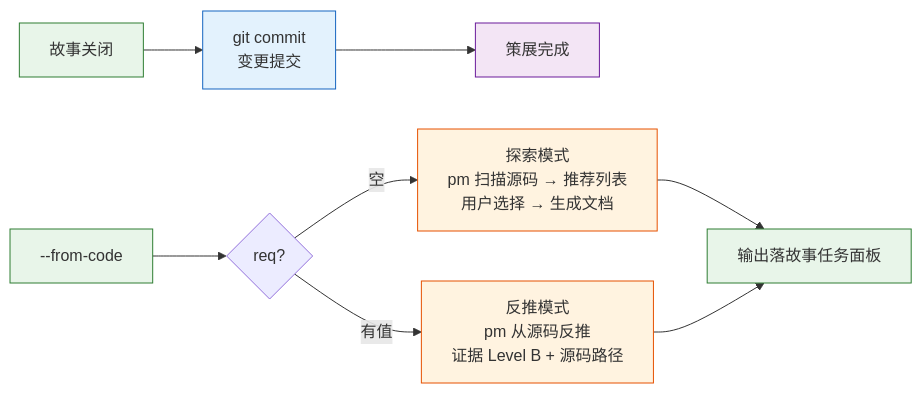
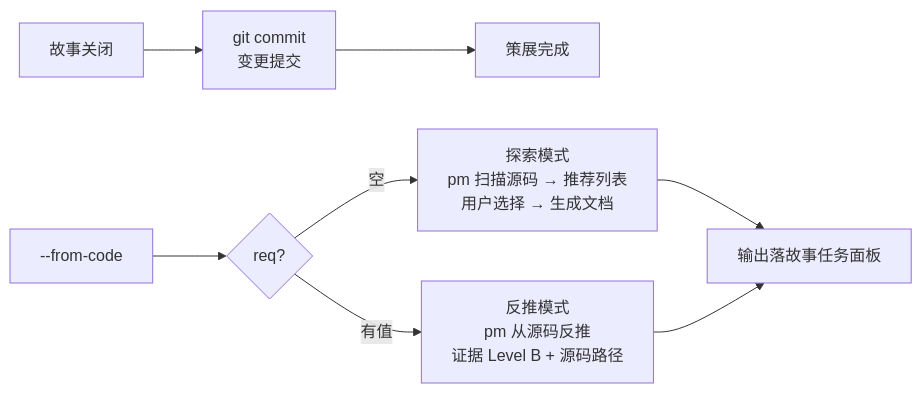
Before and after one commit to effiy/YrY: the tenth of 11 diagrams in rules/doc-generation.md, drawn with Mermaid. The commit also changed other lines of this file and 61 other files, not shown here.

````diff
--- a/rules/doc-generation.md
+++ b/rules/doc-generation.md
@@ -432,16 +409,11 @@
 ```mermaid
 flowchart LR
     CLOSE["故事关闭"]:::src --> COMMIT["git commit<br/>变更提交"]:::must
     COMMIT --> DONE["策展完成"]:::done
 
     FROM["--from-code"]:::src --> Q1{"req?"}
     Q1 -->|"空"| EXPLORE["探索模式<br/>pm 扫描源码 → 推荐列表<br/>用户选择 → 生成文档"]:::mode
     Q1 -->|"有值"| REVERSE["反推模式<br/>pm 从源码反推<br/>证据 Level B + 源码路径"]:::mode
     EXPLORE & REVERSE --> OUT["输出落故事任务面板"]:::out
 
-    classDef src fill:#e8f5e9,stroke:#2e7d32;
-    classDef must fill:#e3f2fd,stroke:#1565c0;
-    classDef done fill:#f3e5f5,stroke:#6a1b9a;
-    classDef mode fill:#fff3e0,stroke:#e65100;
-    classDef out fill:#e8f5e9,stroke:#2e7d32;
 ```
````
